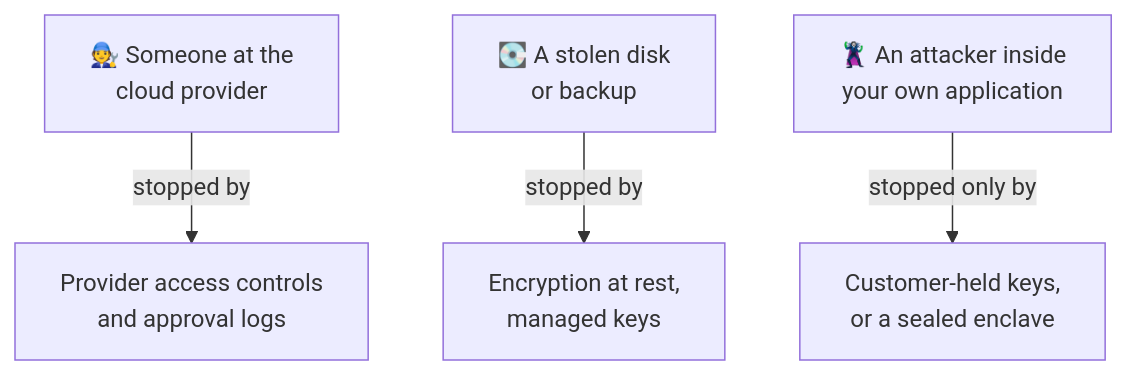
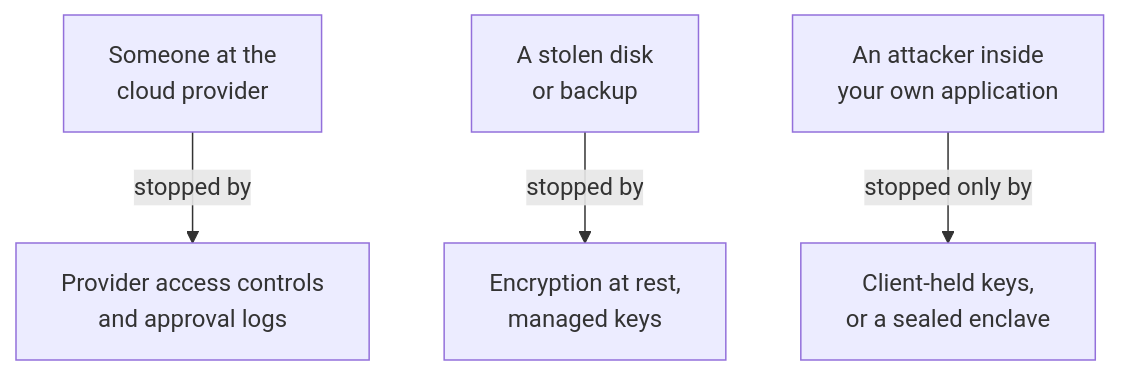
Diagram 14 of 16 in src/content/blog/2026-11-12--sharing-encrypted-documents-without-trusting-your-server.md (kigster/kigre-astro), drawn with Mermaid before and after one commit. The commit also changed other lines of this file and 4 other files, not shown here.

````diff
--- a/src/content/blog/2026-11-12--sharing-encrypted-documents-without-trusting-your-server.md
+++ b/src/content/blog/2026-11-12--sharing-encrypted-documents-without-trusting-your-server.md
@@ -484,12 +544,12 @@
 ```mermaid
 flowchart TD
-    T1["🧑‍🔧 Someone at the<br/>cloud provider"]
-    T2["💽 A stolen disk<br/>or backup"]
-    T3["🦹 An attacker inside<br/>your own application"]
+    T1["Someone at the<br/>cloud provider"]
+    T2["A stolen disk<br/>or backup"]
+    T3["An attacker inside<br/>your own application"]
     C1["Provider access controls<br/>and approval logs"]
     C2["Encryption at rest,<br/>managed keys"]
-    C3["Customer-held keys,<br/>or a sealed enclave"]
+    C3["Client-held keys,<br/>or a sealed enclave"]
     T1 -->|"stopped by"| C1
     T2 -->|"stopped by"| C2
     T3 -->|"stopped only by"| C3
 ```
````
